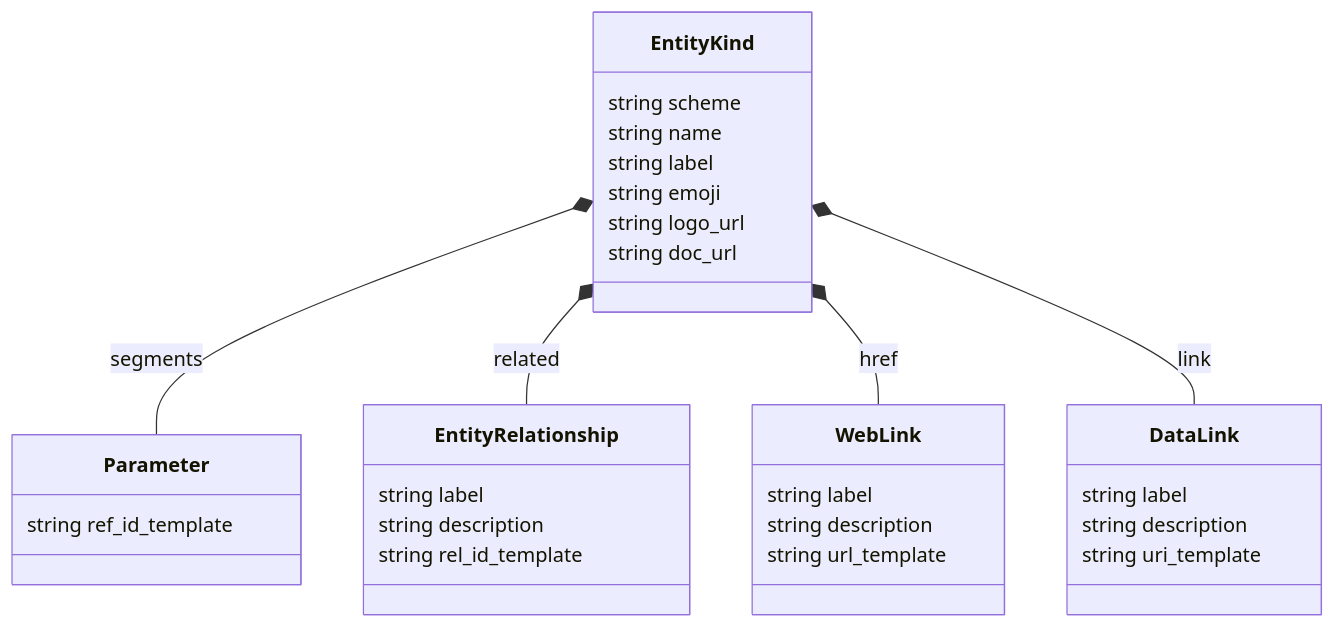
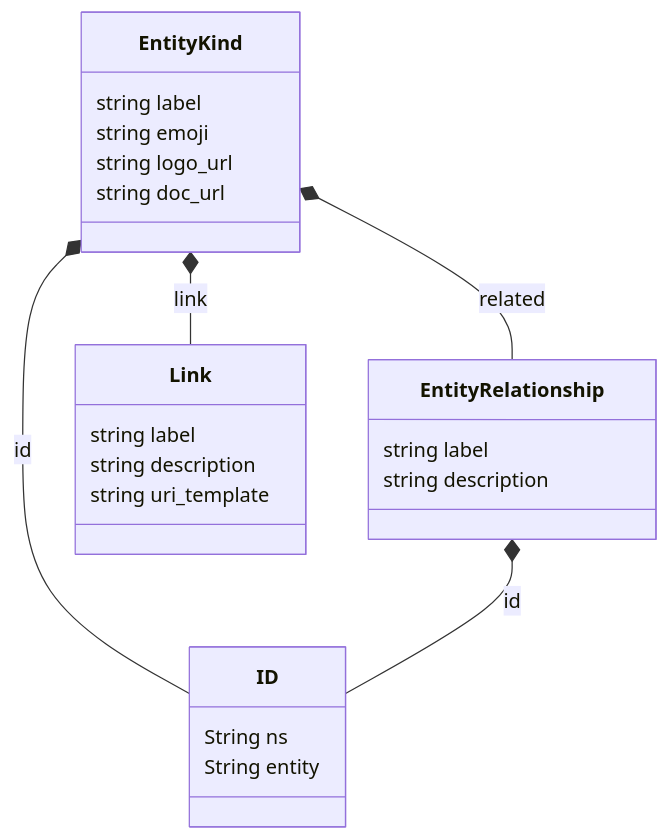
The second of 2 diagrams in docs/concepts/core-arch.md (enola-dev/enola), drawn with Mermaid before and after one commit. The commit also changed other lines of this file, not shown here.

Commit message:
fix  (docs): Fix #docrot by updating diagrams to new proto

````diff
--- a/docs/concepts/core-arch.md
+++ b/docs/concepts/core-arch.md
@@ -65,33 +63,26 @@
 ``` mermaid
 classDiagram
+  class ID{
+    String ns
+    String entity
+  }
   class EntityKind{
-    string scheme
-    string name
     string label
     string emoji
     string logo_url
     string doc_url
   }
-  EntityKind *-- Parameter : segments
+  EntityKind *-- ID : id
+  EntityRelationship *-- ID : id
   EntityKind *-- EntityRelationship : related
-  EntityKind *-- WebLink : href
-  EntityKind *-- DataLink : link
-  class Parameter{
-    string ref_id_template
-  }
+  EntityKind *-- Link : link
   class EntityRelationship{
     string label
     string description
-    string rel_id_template
   }
-  class WebLink{
-    string label
-    string description
-    string url_template
-  }
-  class DataLink{
+  class Link{
     string label
     string description
     string uri_template
   }
 ```
````
